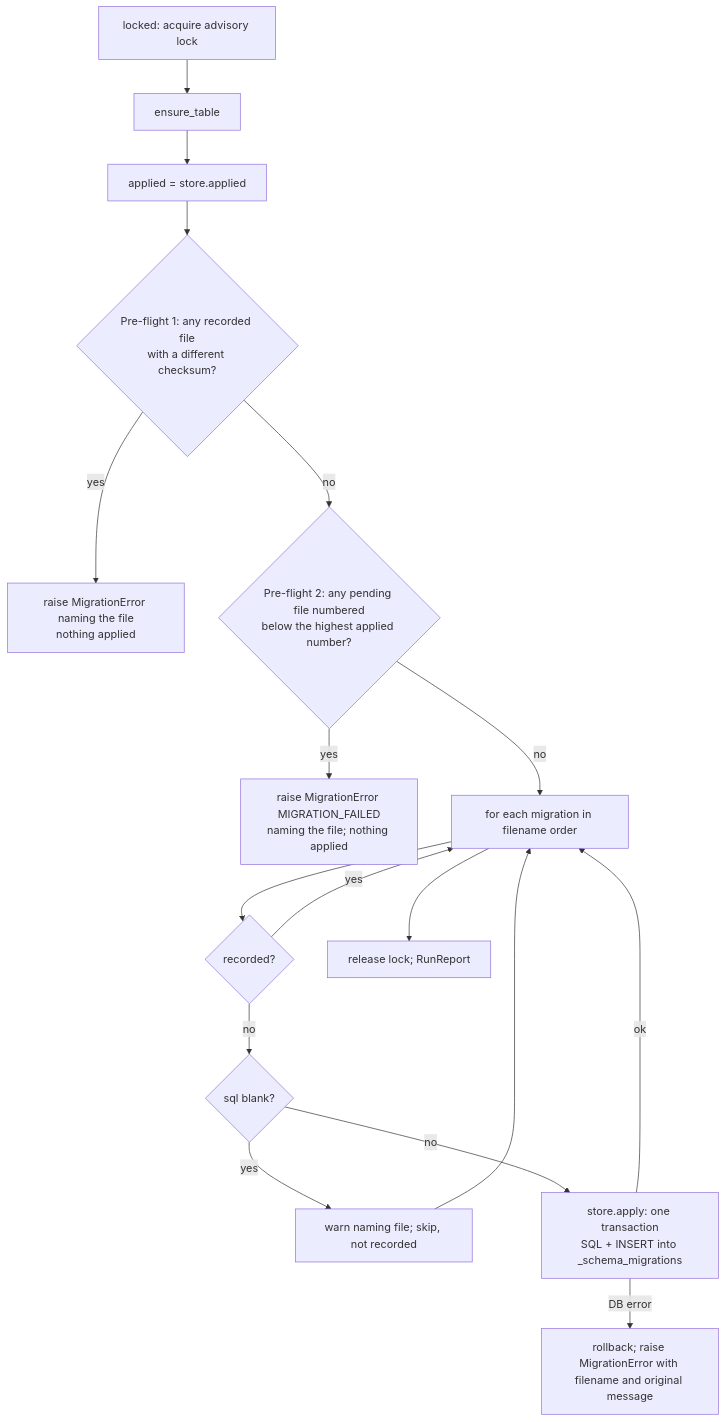
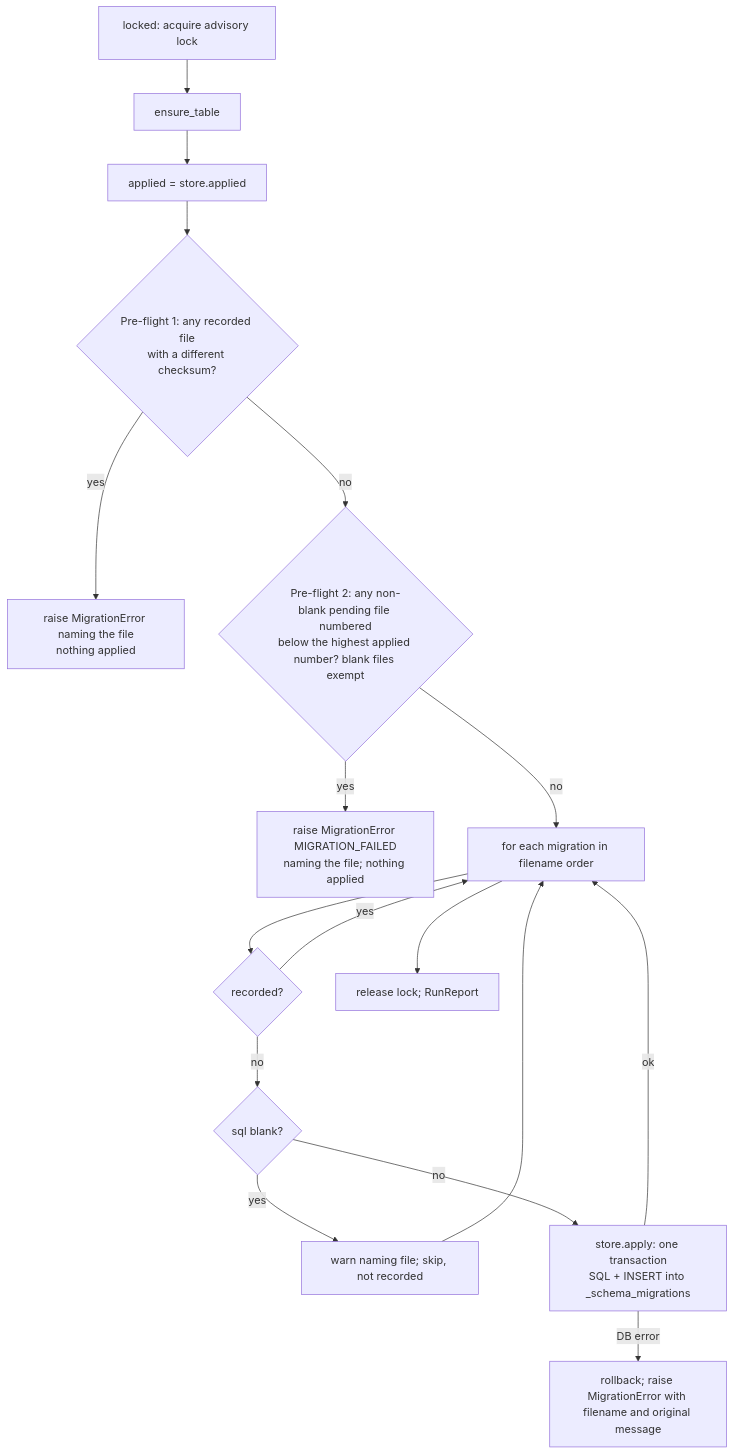
One commit to AbhiIyer0610/recromancer changed the second of 3 diagrams in .kiro/specs/platform-foundation/design.md. Above: the diagram before and after it, drawn with Mermaid. The commit also changed other lines of this file and 11 other files, not shown here.

````diff
--- a/.kiro/specs/platform-foundation/design.md
+++ b/.kiro/specs/platform-foundation/design.md
@@ -688,18 +688,18 @@
 ```mermaid
 flowchart TD
   A[locked: acquire advisory lock] --> B[ensure_table]
   B --> C[applied = store.applied]
   C --> D{Pre-flight 1: any recorded file<br/>with a different checksum?}
   D -- yes --> X[raise MigrationError naming the file<br/>nothing applied]
-  D -- no --> D2{Pre-flight 2: any pending file numbered<br/>below the highest applied number?}
+  D -- no --> D2{Pre-flight 2: any non-blank pending file numbered<br/>below the highest applied number? blank files exempt}
   D2 -- yes --> X2[raise MigrationError MIGRATION_FAILED<br/>naming the file; nothing applied]
   D2 -- no --> E[for each migration in filename order]
   E --> F{recorded?}
   F -- yes --> E
   F -- no --> G{sql blank?}
   G -- yes --> W[warn naming file; skip, not recorded] --> E
   G -- no --> H[store.apply: one transaction<br/>SQL + INSERT into _schema_migrations]
   H -- DB error --> Y[rollback; raise MigrationError with filename and original message]
   H -- ok --> E
   E --> Z[release lock; RunReport]
 ```
````
